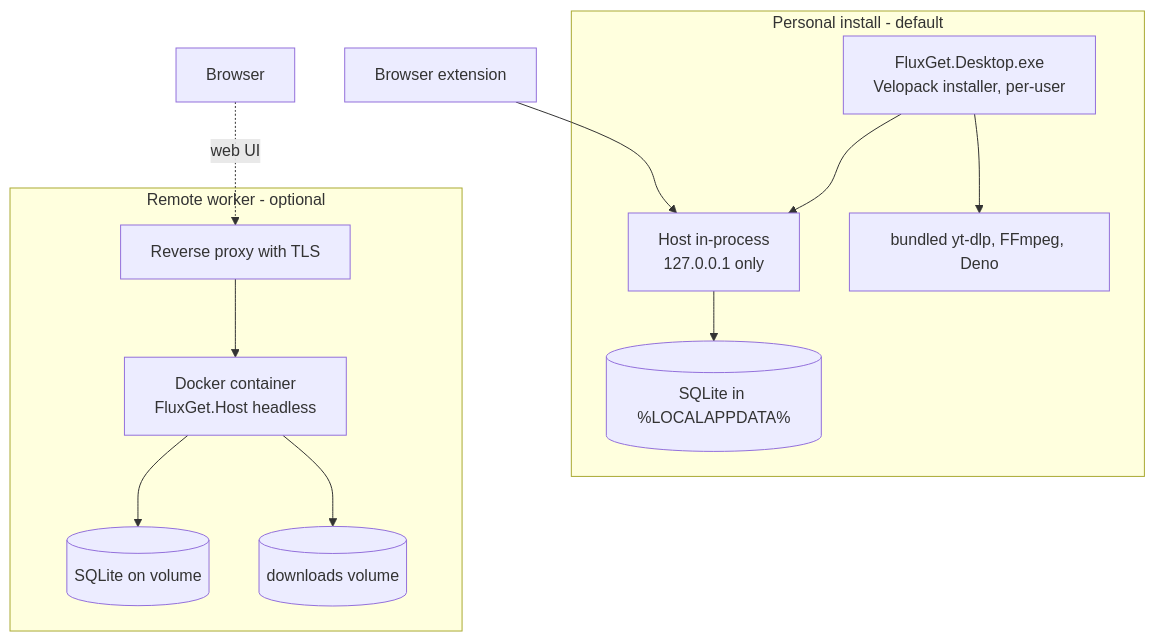
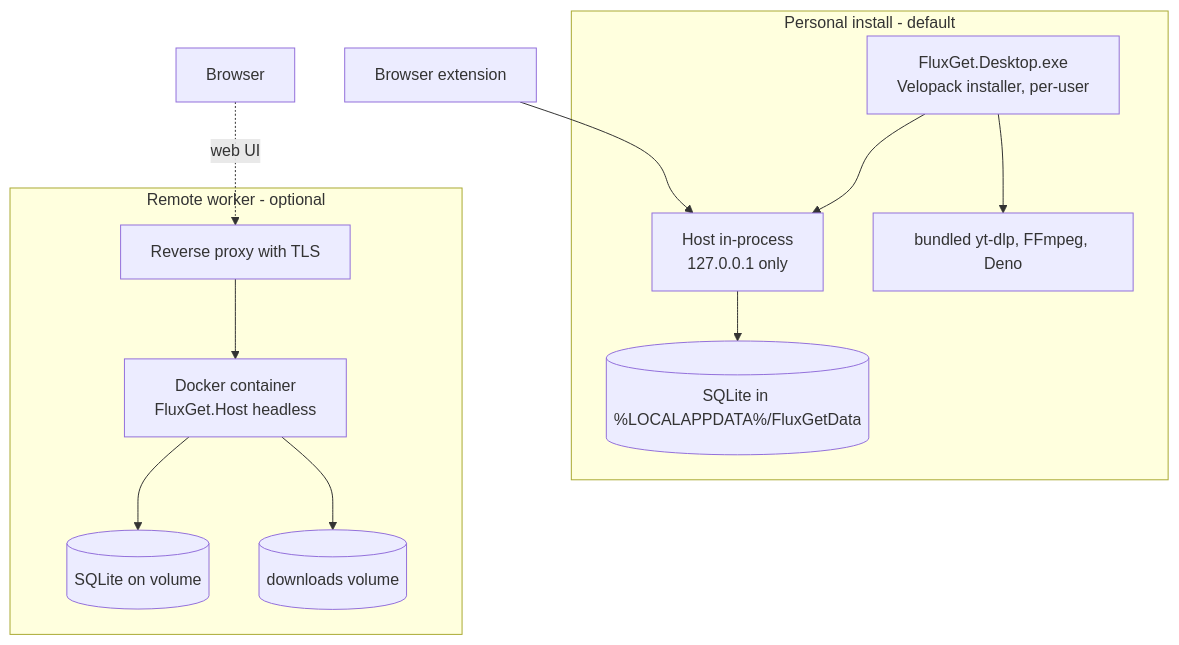
One commit to maestroohk/fluxget changed the seventh of 8 diagrams in docs/ARCHITECTURE.md. Above: the diagram before and after it, drawn with Mermaid. The commit also changed other lines of this file and 15 other files, not shown here.

````diff
--- a/docs/ARCHITECTURE.md
+++ b/docs/ARCHITECTURE.md
@@ -181,15 +181,15 @@
 ```mermaid
 flowchart TB
   subgraph Personal[Personal install - default]
     d[FluxGet.Desktop.exe<br/>Velopack installer, per-user] --> h1[Host in-process<br/>127.0.0.1 only]
-    h1 --> s1[(SQLite in %LOCALAPPDATA%)]
+    h1 --> s1[(SQLite in %LOCALAPPDATA%/FluxGetData)]
     d --> t1[bundled yt-dlp, FFmpeg, Deno]
   end
   subgraph Remote[Remote worker - optional]
     c[Docker container<br/>FluxGet.Host headless] --> s2[(SQLite on volume)]
     c --> v[(downloads volume)]
     rp[Reverse proxy with TLS] --> c
   end
   ext[Browser extension] --> h1
   b[Browser] -. web UI .-> rp
 ```
````
